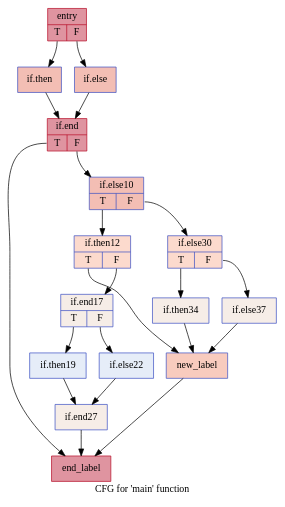
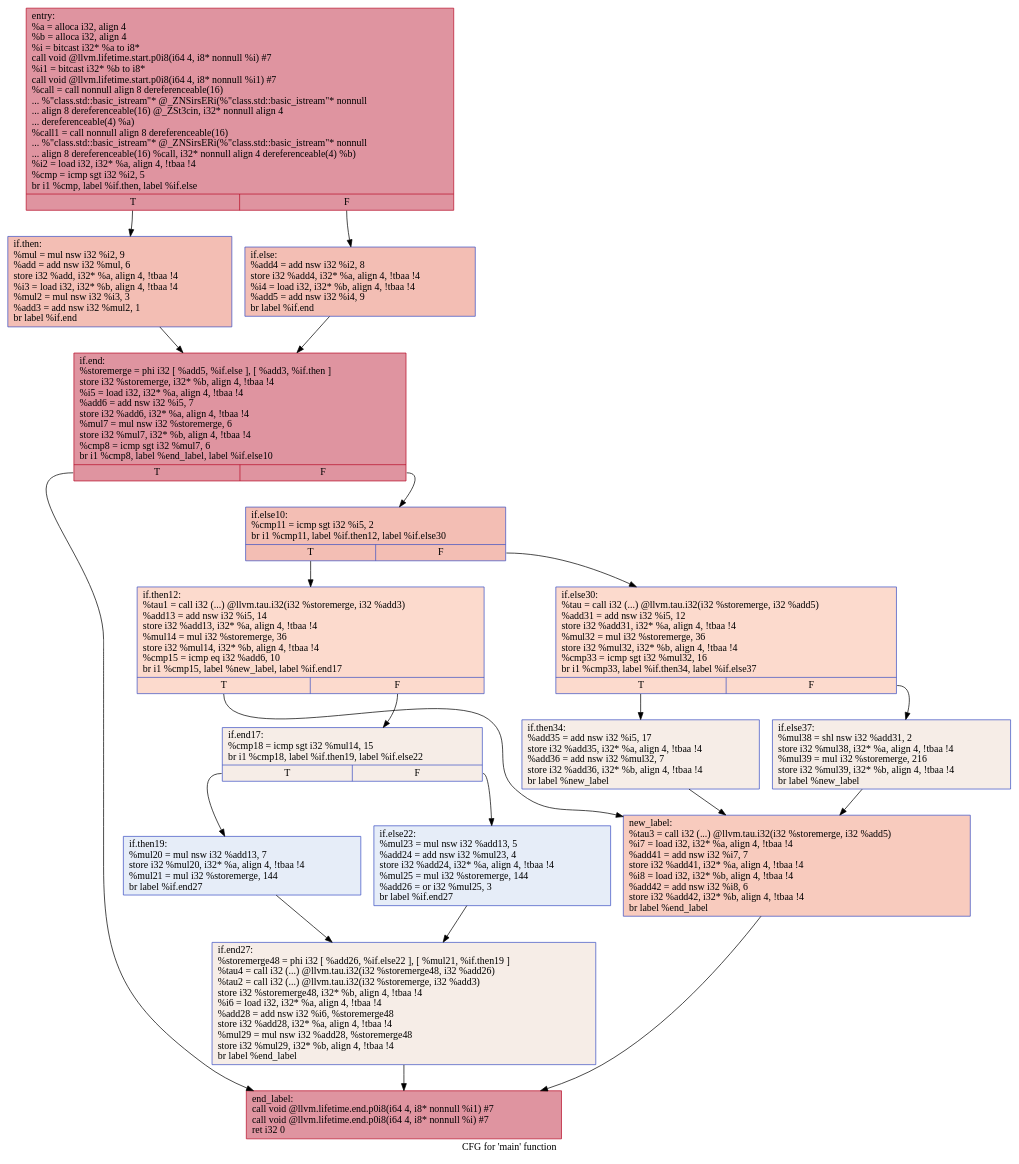
One commit to HPSSA-LLVM/HPSSA-LLVM changed the diagram in IR/cfg/.main.dot. Above: the diagram before and after it, drawn with Graphviz. The commit also changed 5 other files, not shown here.

```diff
--- a/IR/cfg/.main.dot
+++ b/IR/cfg/.main.dot
@@ -1,39 +1,39 @@
 digraph "CFG for 'main' function" {
 	label="CFG for 'main' function";
 
-	Node0x55fedea62880 [shape=record,color="#b70d28ff", style=filled, fillcolor="#b70d2870",label="{entry|{<s0>T|<s1>F}}"];
-	Node0x55fedea62880:s0 -> Node0x55fedea65f20;
-	Node0x55fedea62880:s1 -> Node0x55fedea65ff0;
-	Node0x55fedea65f20 [shape=record,color="#3d50c3ff", style=filled, fillcolor="#e36c5570",label="{if.then}"];
-	Node0x55fedea65f20 -> Node0x55fedea679b0;
-	Node0x55fedea65ff0 [shape=record,color="#3d50c3ff", style=filled, fillcolor="#e36c5570",label="{if.else}"];
-	Node0x55fedea65ff0 -> Node0x55fedea679b0;
-	Node0x55fedea679b0 [shape=record,color="#b70d28ff", style=filled, fillcolor="#b70d2870",label="{if.end|{<s0>T|<s1>F}}"];
-	Node0x55fedea679b0:s0 -> Node0x55fedea6a700;
-	Node0x55fedea679b0:s1 -> Node0x55fedea6a750;
-	Node0x55fedea6a750 [shape=record,color="#3d50c3ff", style=filled, fillcolor="#e36c5570",label="{if.else10|{<s0>T|<s1>F}}"];
-	Node0x55fedea6a750:s0 -> Node0x55fedea6ad50;
-	Node0x55fedea6a750:s1 -> Node0x55fedea6add0;
-	Node0x55fedea6ad50 [shape=record,color="#3d50c3ff", style=filled, fillcolor="#f7ac8e70",label="{if.then12|{<s0>T|<s1>F}}"];
-	Node0x55fedea6ad50:s0 -> Node0x55fedea6c3e0;
-	Node0x55fedea6ad50:s1 -> Node0x55fedea6ccd0;
-	Node0x55fedea6ccd0 [shape=record,color="#3d50c3ff", style=filled, fillcolor="#ead5c970",label="{if.end17|{<s0>T|<s1>F}}"];
-	Node0x55fedea6ccd0:s0 -> Node0x55fedea6d1a0;
-	Node0x55fedea6ccd0:s1 -> Node0x55fedea6d220;
-	Node0x55fedea6d1a0 [shape=record,color="#3d50c3ff", style=filled, fillcolor="#c7d7f070",label="{if.then19}"];
-	Node0x55fedea6d1a0 -> Node0x55fedea6e030;
-	Node0x55fedea6d220 [shape=record,color="#3d50c3ff", style=filled, fillcolor="#c7d7f070",label="{if.else22}"];
-	Node0x55fedea6d220 -> Node0x55fedea6e030;
-	Node0x55fedea6e030 [shape=record,color="#3d50c3ff", style=filled, fillcolor="#ead5c970",label="{if.end27}"];
-	Node0x55fedea6e030 -> Node0x55fedea6a700;
-	Node0x55fedea6add0 [shape=record,color="#3d50c3ff", style=filled, fillcolor="#f7ac8e70",label="{if.else30|{<s0>T|<s1>F}}"];
-	Node0x55fedea6add0:s0 -> Node0x55fedea72840;
-	Node0x55fedea6add0:s1 -> Node0x55fedea72890;
-	Node0x55fedea72840 [shape=record,color="#3d50c3ff", style=filled, fillcolor="#ead5c970",label="{if.then34}"];
-	Node0x55fedea72840 -> Node0x55fedea6c3e0;
-	Node0x55fedea72890 [shape=record,color="#3d50c3ff", style=filled, fillcolor="#ead5c970",label="{if.else37}"];
-	Node0x55fedea72890 -> Node0x55fedea6c3e0;
-	Node0x55fedea6c3e0 [shape=record,color="#3d50c3ff", style=filled, fillcolor="#ef886b70",label="{new_label}"];
-	Node0x55fedea6c3e0 -> Node0x55fedea6a700;
-	Node0x55fedea6a700 [shape=record,color="#b70d28ff", style=filled, fillcolor="#b70d2870",label="{end_label}"];
+	Node0x5594aeb6b500 [shape=record,color="#b70d28ff", style=filled, fillcolor="#b70d2870",label="{entry:\l  %a = alloca i32, align 4\l  %b = alloca i32, align 4\l  %i = bitcast i32* %a to i8*\l  call void @llvm.lifetime.start.p0i8(i64 4, i8* nonnull %i) #7\l  %i1 = bitcast i32* %b to i8*\l  call void @llvm.lifetime.start.p0i8(i64 4, i8* nonnull %i1) #7\l  %call = call nonnull align 8 dereferenceable(16)\l... %\"class.std::basic_istream\"* @_ZNSirsERi(%\"class.std::basic_istream\"* nonnull\l... align 8 dereferenceable(16) @_ZSt3cin, i32* nonnull align 4\l... dereferenceable(4) %a)\l  %call1 = call nonnull align 8 dereferenceable(16)\l... %\"class.std::basic_istream\"* @_ZNSirsERi(%\"class.std::basic_istream\"* nonnull\l... align 8 dereferenceable(16) %call, i32* nonnull align 4 dereferenceable(4) %b)\l  %i2 = load i32, i32* %a, align 4, !tbaa !4\l  %cmp = icmp sgt i32 %i2, 5\l  br i1 %cmp, label %if.then, label %if.else\l|{<s0>T|<s1>F}}"];
+	Node0x5594aeb6b500:s0 -> Node0x5594aeb6cf40;
+	Node0x5594aeb6b500:s1 -> Node0x5594aeb6d010;
+	Node0x5594aeb6cf40 [shape=record,color="#3d50c3ff", style=filled, fillcolor="#e36c5570",label="{if.then:                                          \l  %mul = mul nsw i32 %i2, 9\l  %add = add nsw i32 %mul, 6\l  store i32 %add, i32* %a, align 4, !tbaa !4\l  %i3 = load i32, i32* %b, align 4, !tbaa !4\l  %mul2 = mul nsw i32 %i3, 3\l  %add3 = add nsw i32 %mul2, 1\l  br label %if.end\l}"];
+	Node0x5594aeb6cf40 -> Node0x5594aeb6ddb0;
+	Node0x5594aeb6d010 [shape=record,color="#3d50c3ff", style=filled, fillcolor="#e36c5570",label="{if.else:                                          \l  %add4 = add nsw i32 %i2, 8\l  store i32 %add4, i32* %a, align 4, !tbaa !4\l  %i4 = load i32, i32* %b, align 4, !tbaa !4\l  %add5 = add nsw i32 %i4, 9\l  br label %if.end\l}"];
+	Node0x5594aeb6d010 -> Node0x5594aeb6ddb0;
+	Node0x5594aeb6ddb0 [shape=record,color="#b70d28ff", style=filled, fillcolor="#b70d2870",label="{if.end:                                           \l  %storemerge = phi i32 [ %add5, %if.else ], [ %add3, %if.then ]\l  store i32 %storemerge, i32* %b, align 4, !tbaa !4\l  %i5 = load i32, i32* %a, align 4, !tbaa !4\l  %add6 = add nsw i32 %i5, 7\l  store i32 %add6, i32* %a, align 4, !tbaa !4\l  %mul7 = mul nsw i32 %storemerge, 6\l  store i32 %mul7, i32* %b, align 4, !tbaa !4\l  %cmp8 = icmp sgt i32 %mul7, 6\l  br i1 %cmp8, label %end_label, label %if.else10\l|{<s0>T|<s1>F}}"];
+	Node0x5594aeb6ddb0:s0 -> Node0x5594aeb6e9d0;
+	Node0x5594aeb6ddb0:s1 -> Node0x5594aeb6ea50;
+	Node0x5594aeb6ea50 [shape=record,color="#3d50c3ff", style=filled, fillcolor="#e36c5570",label="{if.else10:                                        \l  %cmp11 = icmp sgt i32 %i5, 2\l  br i1 %cmp11, label %if.then12, label %if.else30\l|{<s0>T|<s1>F}}"];
+	Node0x5594aeb6ea50:s0 -> Node0x5594aeb6ecc0;
+	Node0x5594aeb6ea50:s1 -> Node0x5594aeb6ed40;
+	Node0x5594aeb6ecc0 [shape=record,color="#3d50c3ff", style=filled, fillcolor="#f7ac8e70",label="{if.then12:                                        \l  %tau1 = call i32 (...) @llvm.tau.i32(i32 %storemerge, i32 %add3)\l  %add13 = add nsw i32 %i5, 14\l  store i32 %add13, i32* %a, align 4, !tbaa !4\l  %mul14 = mul i32 %storemerge, 36\l  store i32 %mul14, i32* %b, align 4, !tbaa !4\l  %cmp15 = icmp eq i32 %add6, 10\l  br i1 %cmp15, label %new_label, label %if.end17\l|{<s0>T|<s1>F}}"];
+	Node0x5594aeb6ecc0:s0 -> Node0x5594aeb6f510;
+	Node0x5594aeb6ecc0:s1 -> Node0x5594aeb6f5f0;
+	Node0x5594aeb6f5f0 [shape=record,color="#3d50c3ff", style=filled, fillcolor="#ead5c970",label="{if.end17:                                         \l  %cmp18 = icmp sgt i32 %mul14, 15\l  br i1 %cmp18, label %if.then19, label %if.else22\l|{<s0>T|<s1>F}}"];
+	Node0x5594aeb6f5f0:s0 -> Node0x5594aeb70070;
+	Node0x5594aeb6f5f0:s1 -> Node0x5594aeb700f0;
+	Node0x5594aeb70070 [shape=record,color="#3d50c3ff", style=filled, fillcolor="#c7d7f070",label="{if.then19:                                        \l  %mul20 = mul nsw i32 %add13, 7\l  store i32 %mul20, i32* %a, align 4, !tbaa !4\l  %mul21 = mul i32 %storemerge, 144\l  br label %if.end27\l}"];
+	Node0x5594aeb70070 -> Node0x5594aeb704a0;
+	Node0x5594aeb700f0 [shape=record,color="#3d50c3ff", style=filled, fillcolor="#c7d7f070",label="{if.else22:                                        \l  %mul23 = mul nsw i32 %add13, 5\l  %add24 = add nsw i32 %mul23, 4\l  store i32 %add24, i32* %a, align 4, !tbaa !4\l  %mul25 = mul i32 %storemerge, 144\l  %add26 = or i32 %mul25, 3\l  br label %if.end27\l}"];
+	Node0x5594aeb700f0 -> Node0x5594aeb704a0;
+	Node0x5594aeb704a0 [shape=record,color="#3d50c3ff", style=filled, fillcolor="#ead5c970",label="{if.end27:                                         \l  %storemerge48 = phi i32 [ %add26, %if.else22 ], [ %mul21, %if.then19 ]\l  %tau4 = call i32 (...) @llvm.tau.i32(i32 %storemerge48, i32 %add26)\l  %tau2 = call i32 (...) @llvm.tau.i32(i32 %storemerge, i32 %add3)\l  store i32 %storemerge48, i32* %b, align 4, !tbaa !4\l  %i6 = load i32, i32* %a, align 4, !tbaa !4\l  %add28 = add nsw i32 %i6, %storemerge48\l  store i32 %add28, i32* %a, align 4, !tbaa !4\l  %mul29 = mul nsw i32 %add28, %storemerge48\l  store i32 %mul29, i32* %b, align 4, !tbaa !4\l  br label %end_label\l}"];
+	Node0x5594aeb704a0 -> Node0x5594aeb6e9d0;
+	Node0x5594aeb6ed40 [shape=record,color="#3d50c3ff", style=filled, fillcolor="#f7ac8e70",label="{if.else30:                                        \l  %tau = call i32 (...) @llvm.tau.i32(i32 %storemerge, i32 %add5)\l  %add31 = add nsw i32 %i5, 12\l  store i32 %add31, i32* %a, align 4, !tbaa !4\l  %mul32 = mul i32 %storemerge, 36\l  store i32 %mul32, i32* %b, align 4, !tbaa !4\l  %cmp33 = icmp sgt i32 %mul32, 16\l  br i1 %cmp33, label %if.then34, label %if.else37\l|{<s0>T|<s1>F}}"];
+	Node0x5594aeb6ed40:s0 -> Node0x5594aeb71b50;
+	Node0x5594aeb6ed40:s1 -> Node0x5594aeb71bd0;
+	Node0x5594aeb71b50 [shape=record,color="#3d50c3ff", style=filled, fillcolor="#ead5c970",label="{if.then34:                                        \l  %add35 = add nsw i32 %i5, 17\l  store i32 %add35, i32* %a, align 4, !tbaa !4\l  %add36 = add nsw i32 %mul32, 7\l  store i32 %add36, i32* %b, align 4, !tbaa !4\l  br label %new_label\l}"];
+	Node0x5594aeb71b50 -> Node0x5594aeb6f510;
+	Node0x5594aeb71bd0 [shape=record,color="#3d50c3ff", style=filled, fillcolor="#ead5c970",label="{if.else37:                                        \l  %mul38 = shl nsw i32 %add31, 2\l  store i32 %mul38, i32* %a, align 4, !tbaa !4\l  %mul39 = mul i32 %storemerge, 216\l  store i32 %mul39, i32* %b, align 4, !tbaa !4\l  br label %new_label\l}"];
+	Node0x5594aeb71bd0 -> Node0x5594aeb6f510;
+	Node0x5594aeb6f510 [shape=record,color="#3d50c3ff", style=filled, fillcolor="#ef886b70",label="{new_label:                                        \l  %tau3 = call i32 (...) @llvm.tau.i32(i32 %storemerge, i32 %add5)\l  %i7 = load i32, i32* %a, align 4, !tbaa !4\l  %add41 = add nsw i32 %i7, 7\l  store i32 %add41, i32* %a, align 4, !tbaa !4\l  %i8 = load i32, i32* %b, align 4, !tbaa !4\l  %add42 = add nsw i32 %i8, 6\l  store i32 %add42, i32* %b, align 4, !tbaa !4\l  br label %end_label\l}"];
+	Node0x5594aeb6f510 -> Node0x5594aeb6e9d0;
+	Node0x5594aeb6e9d0 [shape=record,color="#b70d28ff", style=filled, fillcolor="#b70d2870",label="{end_label:                                        \l  call void @llvm.lifetime.end.p0i8(i64 4, i8* nonnull %i1) #7\l  call void @llvm.lifetime.end.p0i8(i64 4, i8* nonnull %i) #7\l  ret i32 0\l}"];
 }
```
